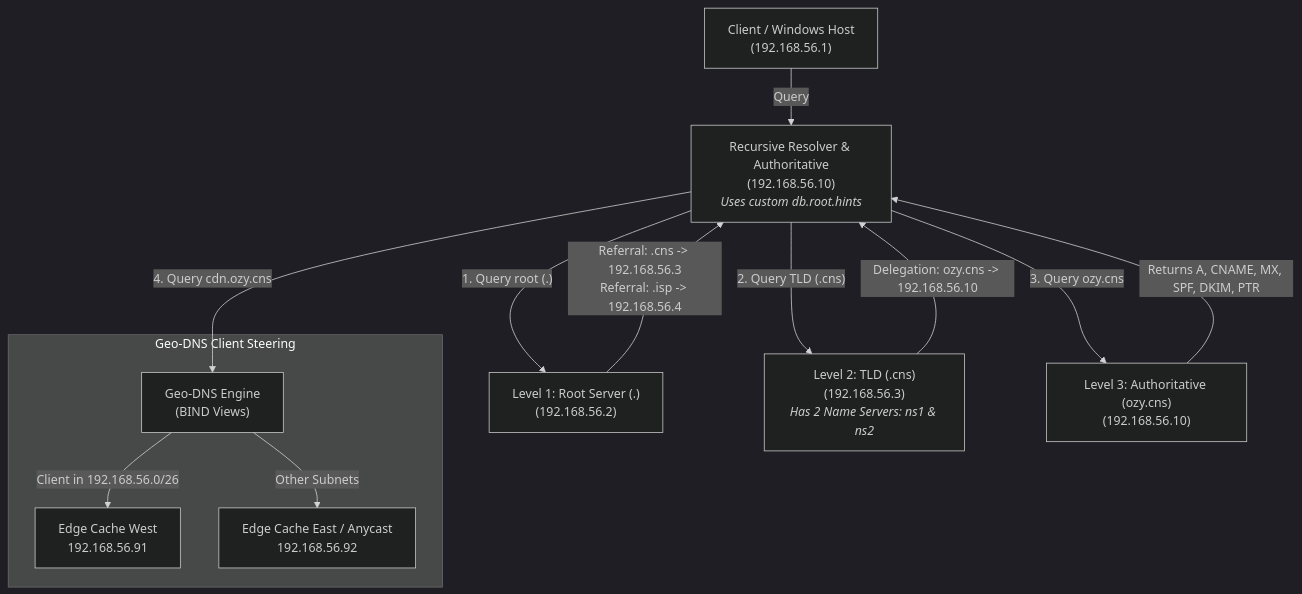
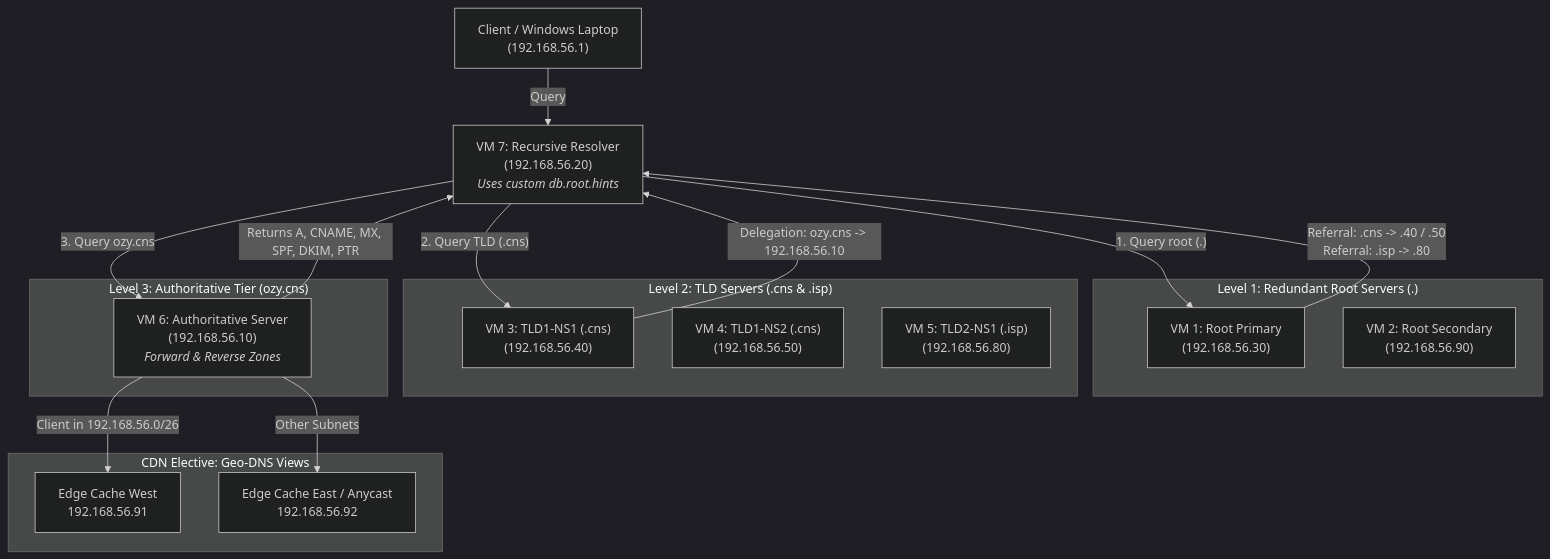
One commit to austinmuendomuia/PBL-DNS-CDN-Infrastructure changed the diagram in README.md. Above: the diagram before and after it, drawn with Mermaid (dark theme). The commit also changed other lines of this file and 4 other files, not shown here.

Commit message:
Update GitHub repo with 7-VM distributed DNS tree architecture, master verification commands, and team presentation script

````diff
--- a/README.md
+++ b/README.md
@@ -29,20 +36,33 @@
 ```mermaid
 graph TD
-    Client["Client / Windows Host<br/>(192.168.56.1)"] -->|Query| Resolver["Recursive Resolver & Authoritative<br/>(192.168.56.10)<br/><i>Uses custom db.root.hints</i>"]
+    Client["Client / Windows Laptop<br/>(192.168.56.1)"] -->|Query| Resolver["VM 7: Recursive Resolver<br/>(192.168.56.20)<br/><i>Uses custom db.root.hints</i>"]
     
-    Resolver -->|"1. Query root (.)"| Root["Level 1: Root Server (.)<br/>(192.168.56.2)"]
-    Root -->|"Referral: .cns -> 192.168.56.3<br/>Referral: .isp -> 192.168.56.4"| Resolver
+    subgraph Level_1 ["Level 1: Redundant Root Servers (.)"]
+        Root1["VM 1: Root Primary<br/>(192.168.56.30)"]
+        Root2["VM 2: Root Secondary<br/>(192.168.56.90)"]
+    end
     
-    Resolver -->|"2. Query TLD (.cns)"| TLD1["Level 2: TLD (.cns)<br/>(192.168.56.3)<br/><i>Has 2 Name Servers: ns1 & ns2</i>"]
-    TLD1 -->|"Delegation: ozy.cns -> 192.168.56.10"| Resolver
-    
-    Resolver -->|"3. Query ozy.cns"| Auth["Level 3: Authoritative (ozy.cns)<br/>(192.168.56.10)"]
+    Resolver -->|"1. Query root (.)"| Root1
+    Root1 -->|"Referral: .cns -> .40 / .50<br/>Referral: .isp -> .80"| Resolver
+
+    subgraph Level_2 ["Level 2: TLD Servers (.cns & .isp)"]
+        TLD1_1["VM 3: TLD1-NS1 (.cns)<br/>(192.168.56.40)"]
+        TLD1_2["VM 4: TLD1-NS2 (.cns)<br/>(192.168.56.50)"]
+        TLD2["VM 5: TLD2-NS1 (.isp)<br/>(192.168.56.80)"]
+    end
+
+    Resolver -->|"2. Query TLD (.cns)"| TLD1_1
+    TLD1_1 -->|"Delegation: ozy.cns -> 192.168.56.10"| Resolver
+
+    subgraph Level_3 ["Level 3: Authoritative Tier (ozy.cns)"]
+        Auth["VM 6: Authoritative Server<br/>(192.168.56.10)<br/><i>Forward & Reverse Zones</i>"]
+    end
+
+    Resolver -->|"3. Query ozy.cns"| Auth
     Auth -->|"Returns A, CNAME, MX, SPF, DKIM, PTR"| Resolver
 
-    Resolver -->|"4. Query cdn.ozy.cns"| GeoDNS["Geo-DNS Engine<br/>(BIND Views)"]
-    
-    subgraph Geo_Steering ["Geo-DNS Client Steering"]
-        GeoDNS -->|"Client in 192.168.56.0/26"| Edge1["Edge Cache West<br/>192.168.56.91"]
-        GeoDNS -->|"Other Subnets"| Edge2["Edge Cache East / Anycast<br/>192.168.56.92"]
+    subgraph Geo_Steering ["CDN Elective: Geo-DNS Views"]
+        Auth -->|"Client in 192.168.56.0/26"| Edge1["Edge Cache West<br/>192.168.56.91"]
+        Auth -->|"Other Subnets"| Edge2["Edge Cache East / Anycast<br/>192.168.56.92"]
     end
 ```
````
